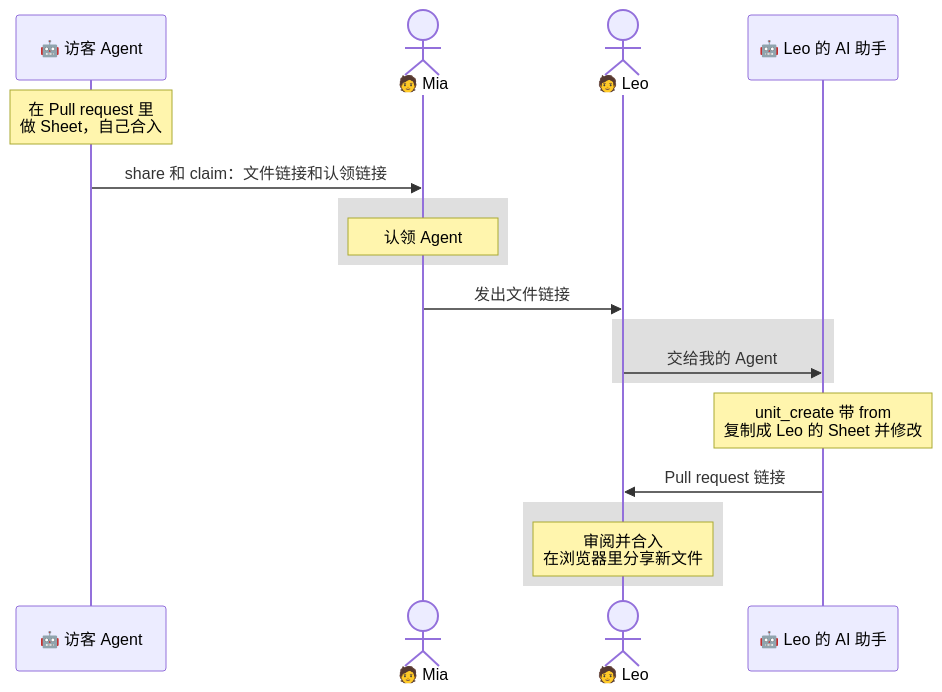
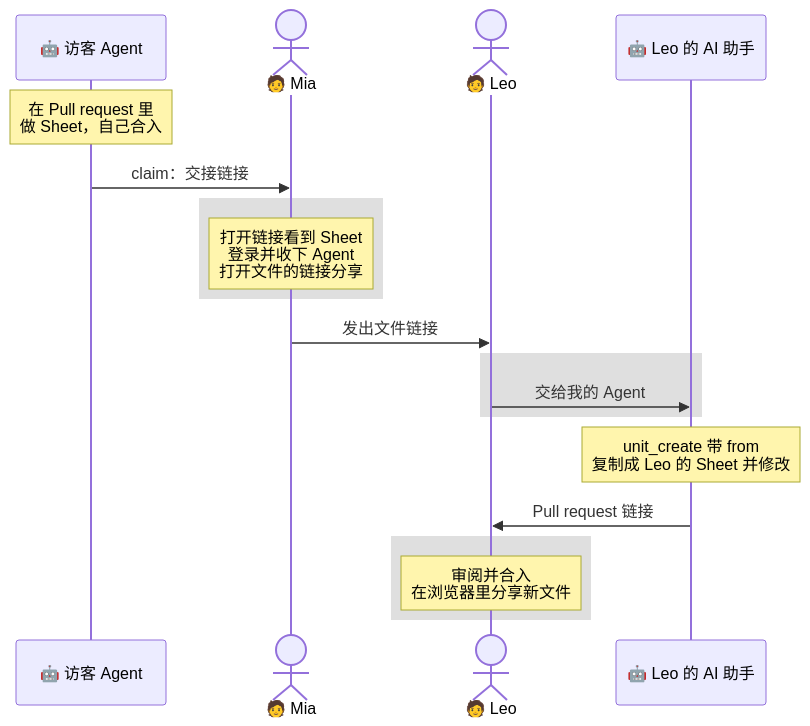
Before and after one commit to dream-num/univer-workspace: the second of 5 diagrams in docs/agent-handoff-showcase.zh-CN.md, drawn with Mermaid. The commit also changed other lines of this file and 13 other files, not shown here.

````diff
--- a/docs/agent-handoff-showcase.zh-CN.md
+++ b/docs/agent-handoff-showcase.zh-CN.md
@@ -34,21 +34,21 @@
 ```mermaid
 sequenceDiagram
     participant G as 🤖 访客 Agent
     actor M as 🧑 Mia
     actor L as 🧑 Leo
     participant A as 🤖 Leo 的 AI 助手
     Note over G: 在 Pull request 里<br/>做 Sheet，自己合入
-    G->>M: share 和 claim：文件链接和认领链接
+    G->>M: claim：交接链接
     rect rgba(128, 128, 128, 0.25)
-    Note over M: 认领 Agent
+    Note over M: 打开链接看到 Sheet<br/>登录并收下 Agent<br/>打开文件的链接分享
     end
     M->>L: 发出文件链接
     rect rgba(128, 128, 128, 0.25)
     L->>A: 交给我的 Agent
     end
     Note over A: unit_create 带 from<br/>复制成 Leo 的 Sheet 并修改
     A->>L: Pull request 链接
     rect rgba(128, 128, 128, 0.25)
     Note over L: 审阅并合入<br/>在浏览器里分享新文件
     end
 ```
````
